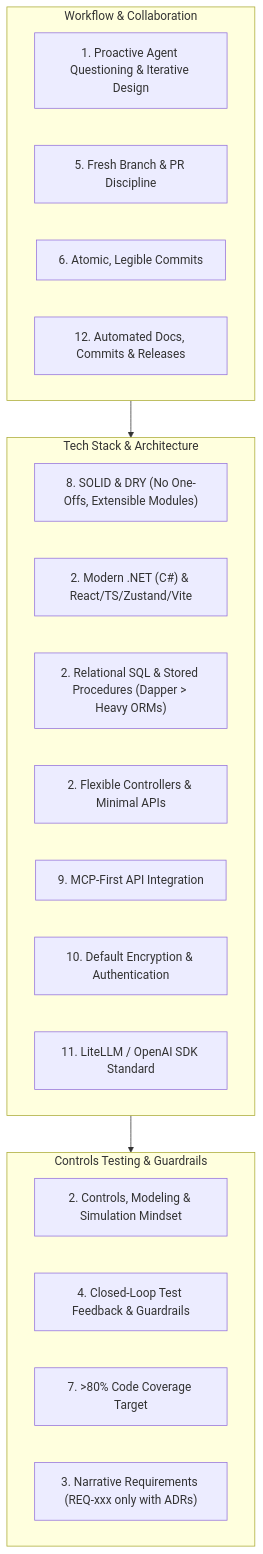
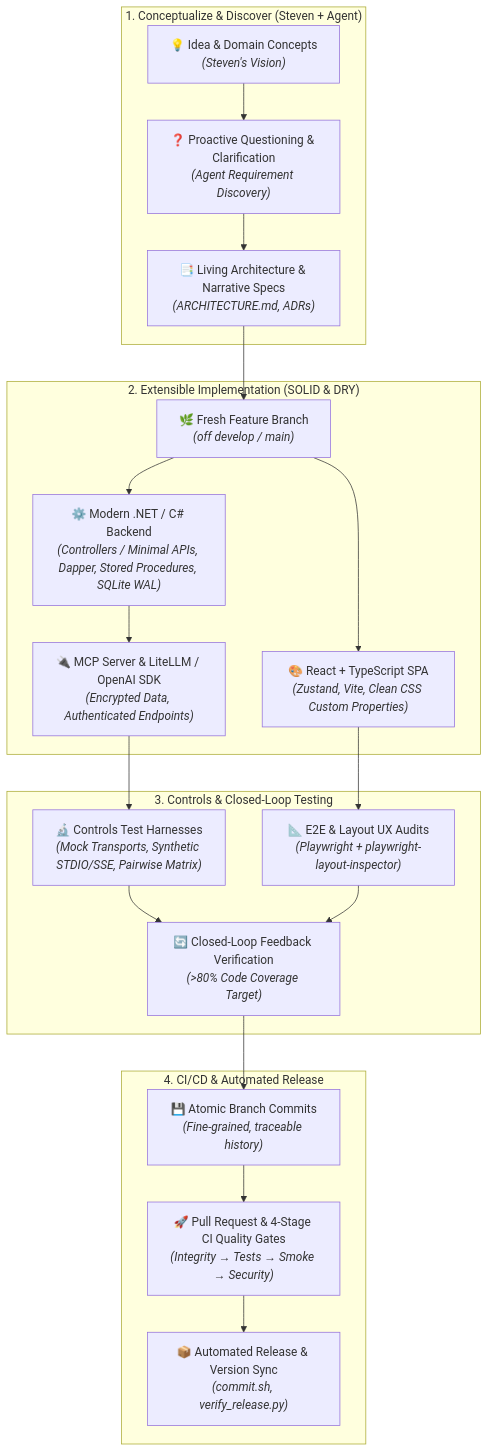
Before and after one commit to spelech/AgenticEngineeringToolbelt: the diagram in README.md, drawn with Mermaid. The commit also changed other lines of this file, not shown here.

Commit message:
docs(readme): clean up Mermaid engineering lifecycle & architecture diagram

````diff
--- a/README.md
+++ b/README.md
@@ -14,28 +14,37 @@
 ```mermaid
 flowchart TD
-    subgraph Workflow["Workflow & Collaboration"]
-        T1["1. Proactive Agent Questioning & Iterative Design"]
-        T5["5. Fresh Branch & PR Discipline"]
-        T6["6. Atomic, Legible Commits"]
-        T12["12. Automated Docs, Commits & Releases"]
+    subgraph Conceptualize["1. Conceptualize & Discover (Steven + Agent)"]
+        Vision["💡 Idea & Domain Concepts<br><i>(Steven's Vision)</i>"]
+        Questions["❓ Proactive Questioning & Clarification<br><i>(Agent Requirement Discovery)</i>"]
+        MermaidDocs["📑 Living Architecture & Narrative Specs<br><i>(ARCHITECTURE.md, ADRs)</i>"]
+        Vision --> Questions --> MermaidDocs
     end
 
-    subgraph Stack["Tech Stack & Architecture"]
-        T8["8. SOLID & DRY (No One-Offs, Extensible Modules)"]
-        T2_stack["2. Modern .NET (C#) & React/TS/Zustand/Vite"]
-        T2_db["2. Relational SQL & Stored Procedures (Dapper > Heavy ORMs)"]
-        T2_api["2. Flexible Controllers & Minimal APIs"]
-        T9["9. MCP-First API Integration"]
-        T10["10. Default Encryption & Authentication"]
-        T11["11. LiteLLM / OpenAI SDK Standard"]
+    subgraph Implementation["2. Extensible Implementation (SOLID & DRY)"]
+        Branch["🌿 Fresh Feature Branch<br><i>(off develop / main)</i>"]
+        Backend["⚙️ Modern .NET / C# Backend<br><i>(Controllers / Minimal APIs, Dapper, Stored Procedures, SQLite WAL)</i>"]
+        Frontend["🎨 React + TypeScript SPA<br><i>(Zustand, Vite, Clean CSS Custom Properties)</i>"]
+        Integrations["🔌 MCP Server & LiteLLM / OpenAI SDK<br><i>(Encrypted Data, Authenticated Endpoints)</i>"]
+        Branch --> Backend & Frontend
+        Backend --> Integrations
     end
 
-    subgraph Testing["Controls Testing & Guardrails"]
-        T2_controls["2. Controls, Modeling & Simulation Mindset"]
-        T4["4. Closed-Loop Test Feedback & Guardrails"]
-        T7["7. >80% Code Coverage Target"]
-        T3["3. Narrative Requirements (REQ-xxx only with ADRs)"]
+    subgraph Verification["3. Controls & Closed-Loop Testing"]
+        Harness["🔬 Controls Test Harnesses<br><i>(Mock Transports, Synthetic STDIO/SSE, Pairwise Matrix)</i>"]
+        Audits["📐 E2E & Layout UX Audits<br><i>(Playwright + playwright-layout-inspector)</i>"]
+        Loop["🔄 Closed-Loop Feedback Verification<br><i>(>80% Code Coverage Target)</i>"]
+        Harness & Audits --> Loop
     end
 
-    Workflow --> Stack --> Testing
+    subgraph Delivery["4. CI/CD & Automated Release"]
+        Atomic["💾 Atomic Branch Commits<br><i>(Fine-grained, traceable history)</i>"]
+        PR["🚀 Pull Request & 4-Stage CI Quality Gates<br><i>(Integrity → Tests → Smoke → Security)</i>"]
+        Release["📦 Automated Release & Version Sync<br><i>(commit.sh, verify_release.py)</i>"]
+        Atomic --> PR --> Release
+    end
+
+    MermaidDocs --> Branch
+    Integrations --> Harness
+    Frontend --> Audits
+    Loop --> Atomic
 ```
````
